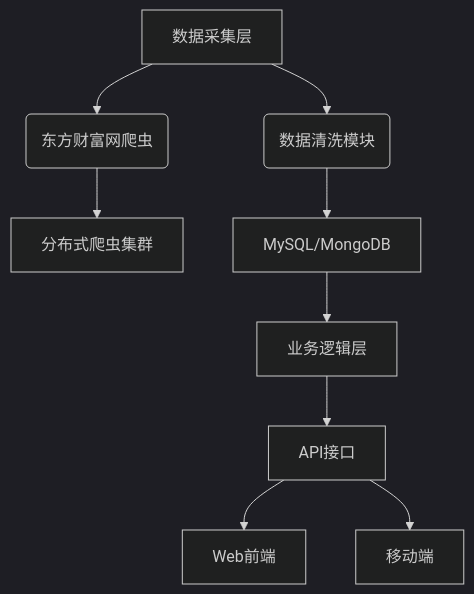
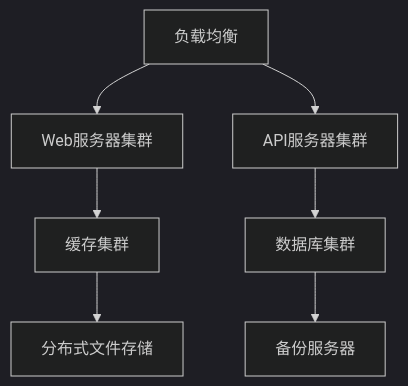
One commit to billycuicn/get_LHB_data changed the second of 2 diagrams in README.md. Above: the diagram before and after it, drawn with Mermaid (dark theme). The commit also changed other lines of this file, not shown here.

````diff
--- a/README.md
+++ b/README.md
@@ -75,11 +134,9 @@
 ```mermaid
 graph TD
-    A[数据采集层] --> B(东方财富网爬虫)
-    A --> C(数据清洗模块)
-    B --> D[分布式爬虫集群]
-    C --> E[MySQL/MongoDB]
-    E --> F[业务逻辑层]
-    F --> G[API接口]
-    G --> H[Web前端]
-    G --> I[移动端]
+    A[负载均衡] --> B[Web服务器集群]
+    A --> C[API服务器集群]
+    B --> D[缓存集群]
+    C --> E[数据库集群]
+    D --> F[分布式文件存储]
+    E --> G[备份服务器]
 ```
````
